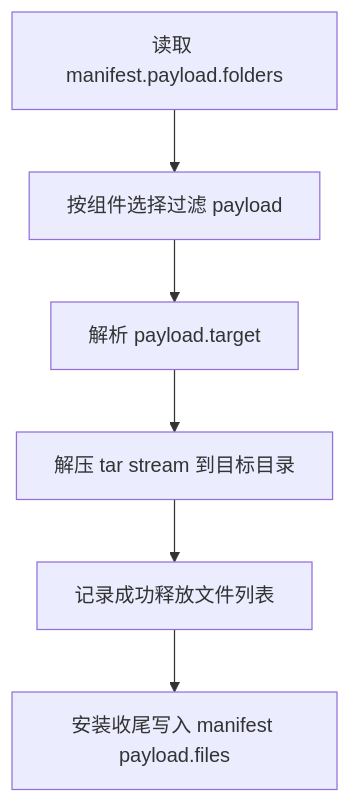
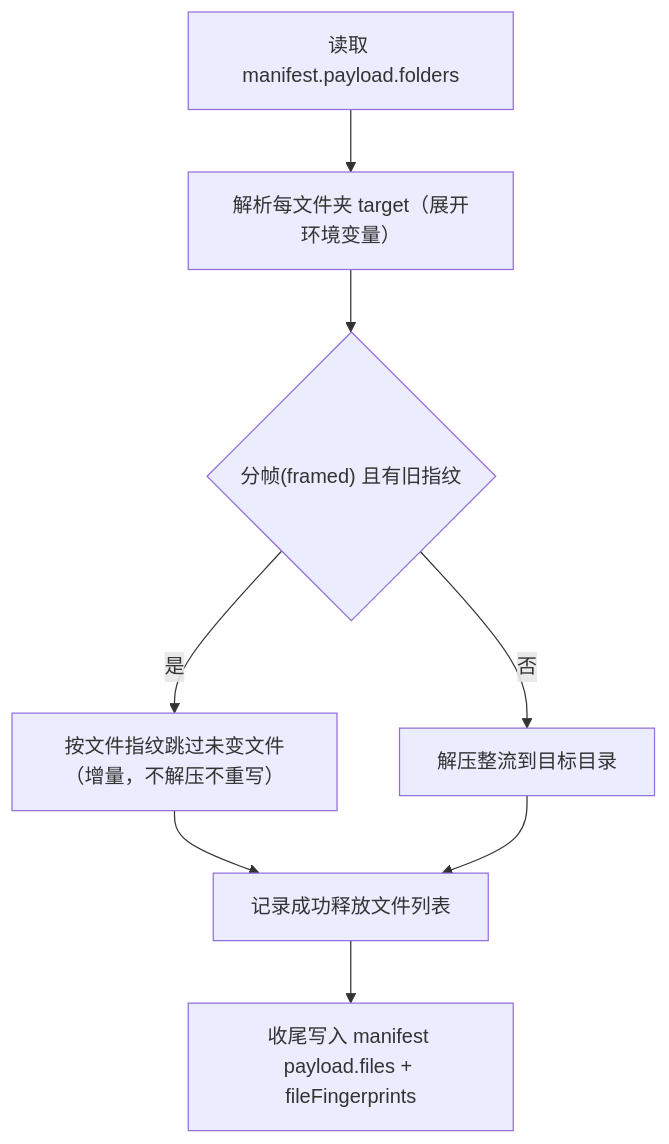
Before and after one commit to lu020218/Multi-Threaded_Installer: the fifth of 8 diagrams in docs/安装器流程图.md, drawn with Mermaid. The commit also changed other lines of this file and 78 other files, not shown here.

````diff
--- a/docs/安装器流程图.md
+++ b/docs/安装器流程图.md
@@ -58,8 +77,10 @@
 ```mermaid
 flowchart TD
-    A["读取 manifest.payload.folders"] --> B["按组件选择过滤 payload"]
-    B --> C["解析 payload.target"]
-    C --> D["解压 tar stream 到目标目录"]
-    D --> E["记录成功释放文件列表"]
-    E --> F["安装收尾写入 manifest payload.files"]
+    A["读取 manifest.payload.folders"] --> B["解析每文件夹 target（展开环境变量）"]
+    B --> C{"分帧(framed) 且有旧指纹"}
+    C -->|是| D["按文件指纹跳过未变文件（增量，不解压不重写）"]
+    C -->|否| E["解压整流到目标目录"]
+    D --> F["记录成功释放文件列表"]
+    E --> F
+    F --> G["收尾写入 manifest payload.files + fileFingerprints"]
 ```
````
